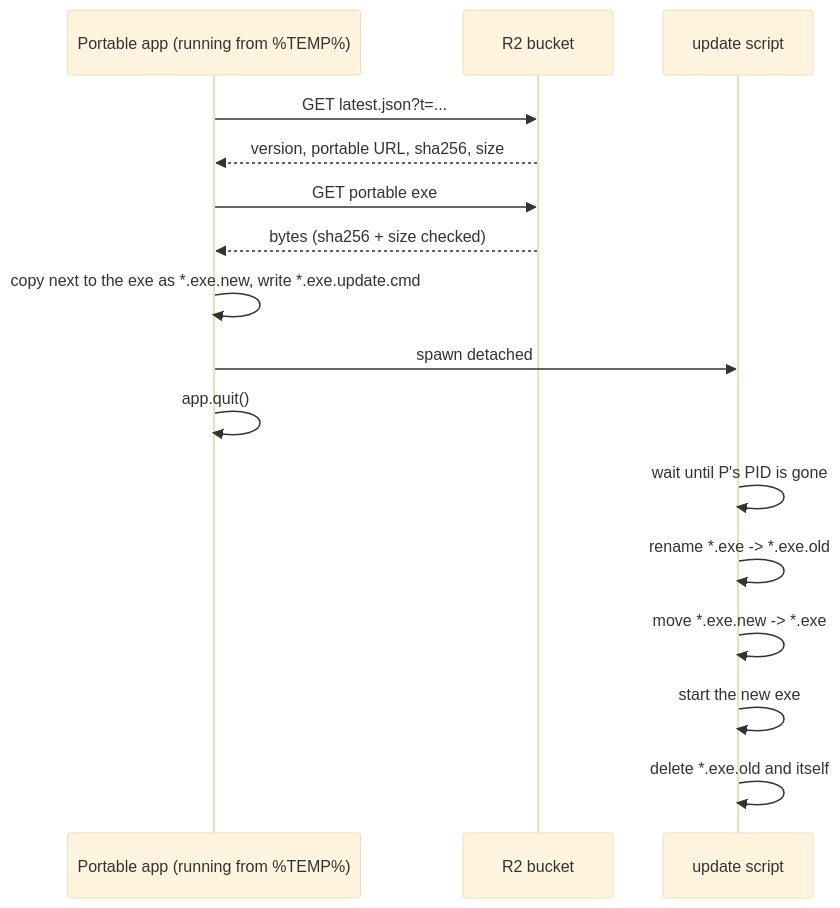
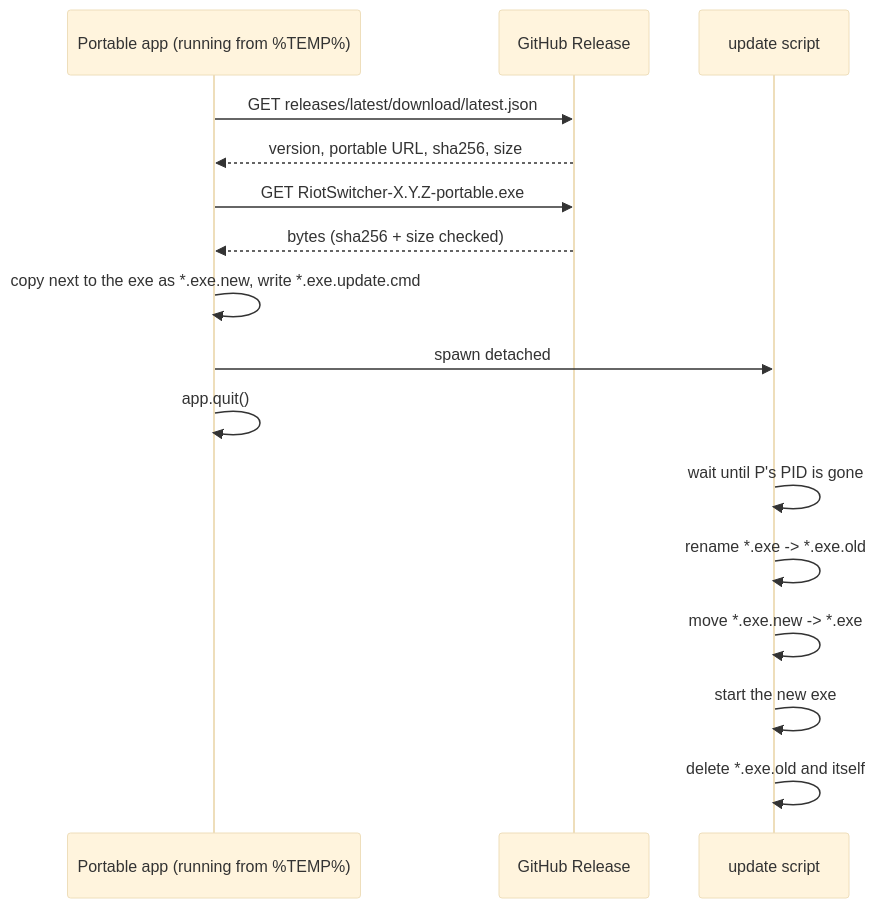
One commit to yassine808/RiotSwitcher changed the third of 3 diagrams in docs/UPDATES.md. Above: the diagram before and after it, drawn with Mermaid (base theme). The commit also changed other lines of this file and 18 other files, not shown here.

First line of the commit message:
Switch auto-updates from Cloudflare R2 to GitHub Releases

````diff
--- a/docs/UPDATES.md
+++ b/docs/UPDATES.md
@@ -191,18 +159,18 @@
 ```mermaid
 sequenceDiagram
   participant P as Portable app (running from %TEMP%)
-  participant R2 as R2 bucket
+  participant GH as GitHub Release
   participant CMD as update script
-  P->>R2: GET latest.json?t=...
-  R2-->>P: version, portable URL, sha256, size
-  P->>R2: GET portable exe
-  R2-->>P: bytes (sha256 + size checked)
+  P->>GH: GET releases/latest/download/latest.json
+  GH-->>P: version, portable URL, sha256, size
+  P->>GH: GET RiotSwitcher-X.Y.Z-portable.exe
+  GH-->>P: bytes (sha256 + size checked)
   P->>P: copy next to the exe as *.exe.new, write *.exe.update.cmd
   P->>CMD: spawn detached
   P->>P: app.quit()
   CMD->>CMD: wait until P's PID is gone
   CMD->>CMD: rename *.exe -> *.exe.old
   CMD->>CMD: move *.exe.new -> *.exe
   CMD->>CMD: start the new exe
   CMD->>CMD: delete *.exe.old and itself
 ```
````
